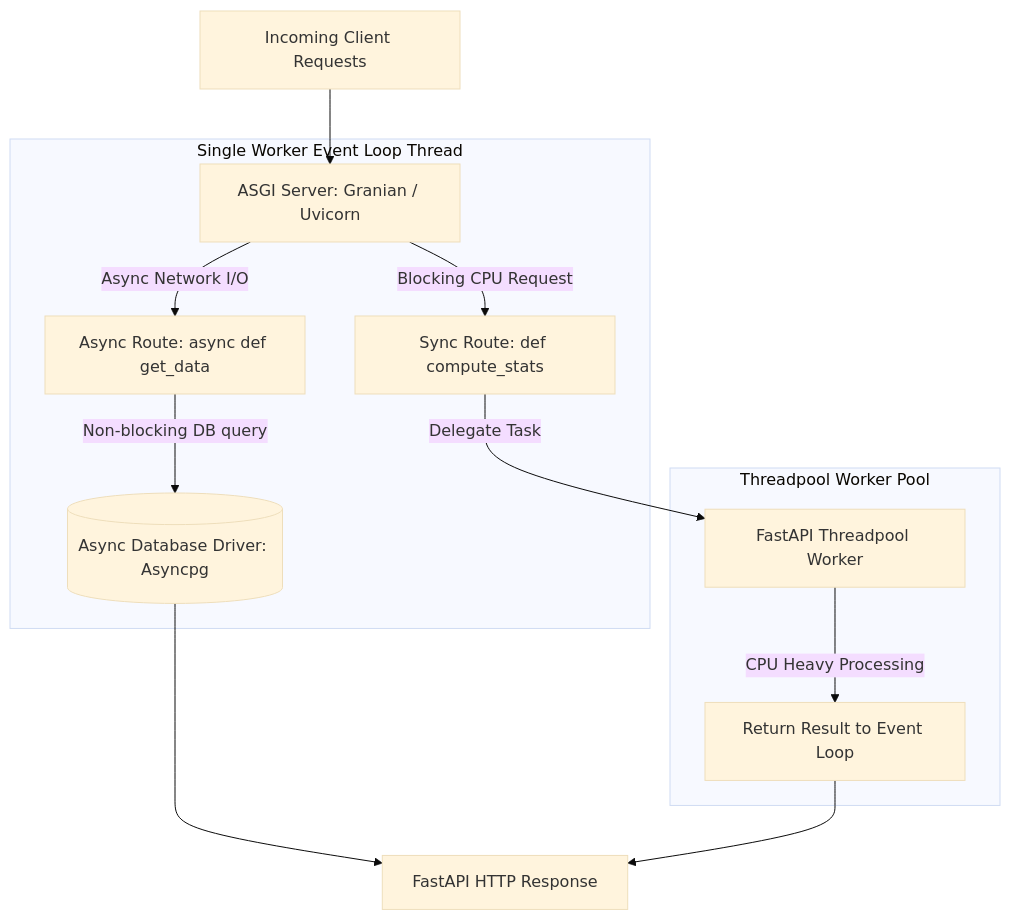
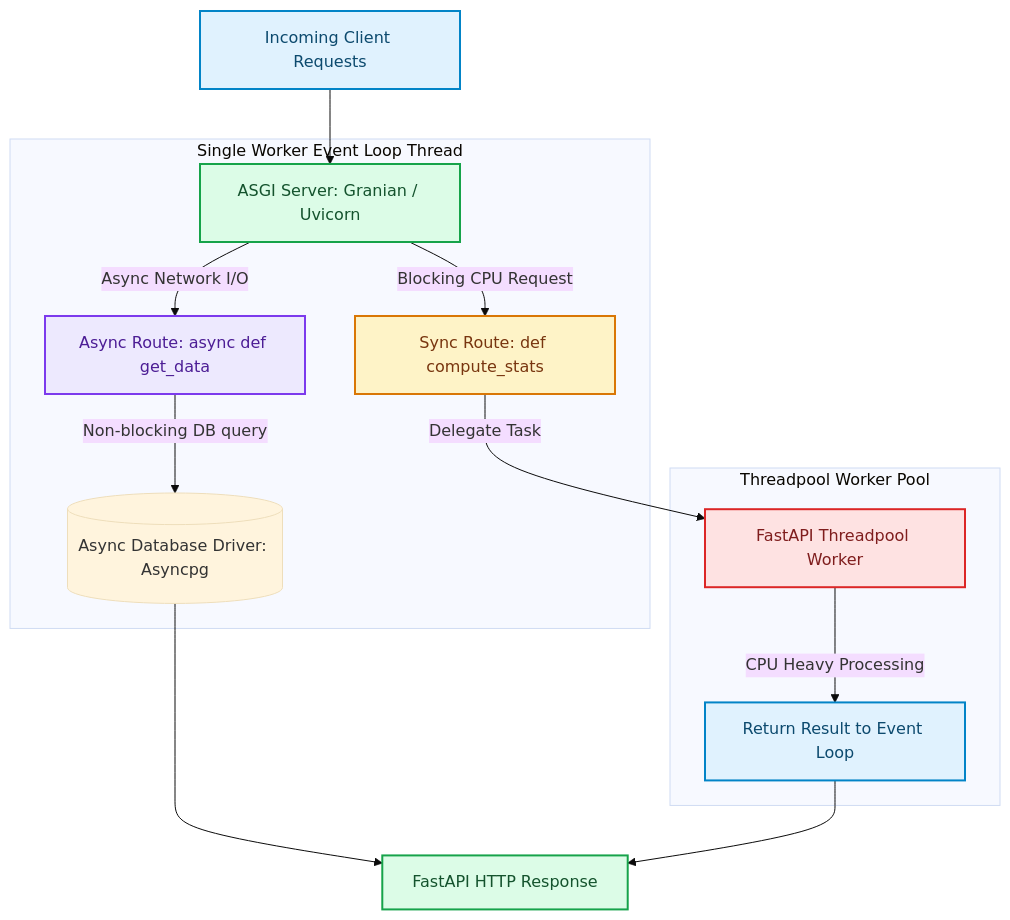
The diagram in blog/posts/scaling-fastapi-async-event-loop-optimization-worker-architecture.md (akmalkhaniub/akmalkhaniub.github.io), drawn with Mermaid (base theme) before and after one commit. The commit also changed other lines of this file and 1291 other files, not shown here.

First line of the commit message:
feat(catalog): unique covers, scholarly references, and diagram palettes

````diff
--- a/blog/posts/scaling-fastapi-async-event-loop-optimization-worker-architecture.md
+++ b/blog/posts/scaling-fastapi-async-event-loop-optimization-worker-architecture.md
@@ -17,19 +17,30 @@
 ```mermaid
 flowchart TD
-  A[Incoming Client Requests] --> B[ASGI Server: Granian / Uvicorn]
+  A["Incoming Client Requests"] --> B["ASGI Server: Granian / Uvicorn"]
   
   subgraph SG1_SingleWorkerEvent ["Single Worker Event Loop Thread"]
-    B -->|Async Network I/O| C[Async Route: async def get_data]
+    B -->|Async Network I/O| C["Async Route: async def get_data"]
     C -->|Non-blocking DB query| D[(Async Database Driver: Asyncpg)]
     
-    B -->|Blocking CPU Request| E[Sync Route: def compute_stats]
+    B -->|Blocking CPU Request| E["Sync Route: def compute_stats"]
   end
   
   subgraph SG2_ThreadpoolWorkerPool ["Threadpool Worker Pool"]
-    E -->|Delegate Task| F[FastAPI Threadpool Worker]
-    F -->|CPU Heavy Processing| G[Return Result to Event Loop]
+    E -->|Delegate Task| F["FastAPI Threadpool Worker"]
+    F -->|CPU Heavy Processing| G["Return Result to Event Loop"]
   end
   
-  D --> H[FastAPI HTTP Response]
+  D --> H["FastAPI HTTP Response"]
   G --> H
+
+classDef green fill:#dcfce7,stroke:#16a34a,stroke-width:2px,color:#14532d;
+classDef red fill:#fee2e2,stroke:#dc2626,stroke-width:2px,color:#7f1d1d;
+classDef blue fill:#e0f2fe,stroke:#0284c7,stroke-width:2px,color:#0c4a6e;
+classDef yellow fill:#fef3c7,stroke:#d97706,stroke-width:2px,color:#78350f;
+classDef purple fill:#ede9fe,stroke:#7c3aed,stroke-width:2px,color:#4c1d95;
+class A,G blue
+class B,H green
+class C purple
+class E yellow
+class F red
 ```
````
